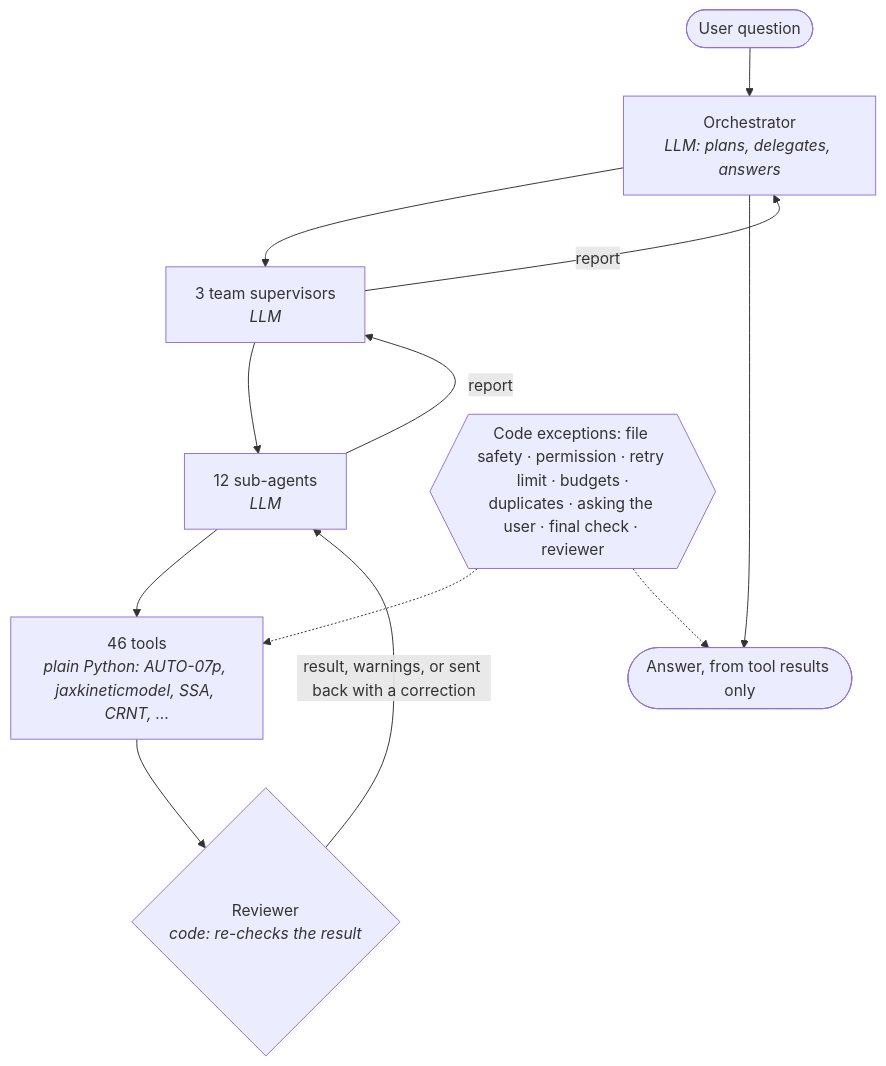
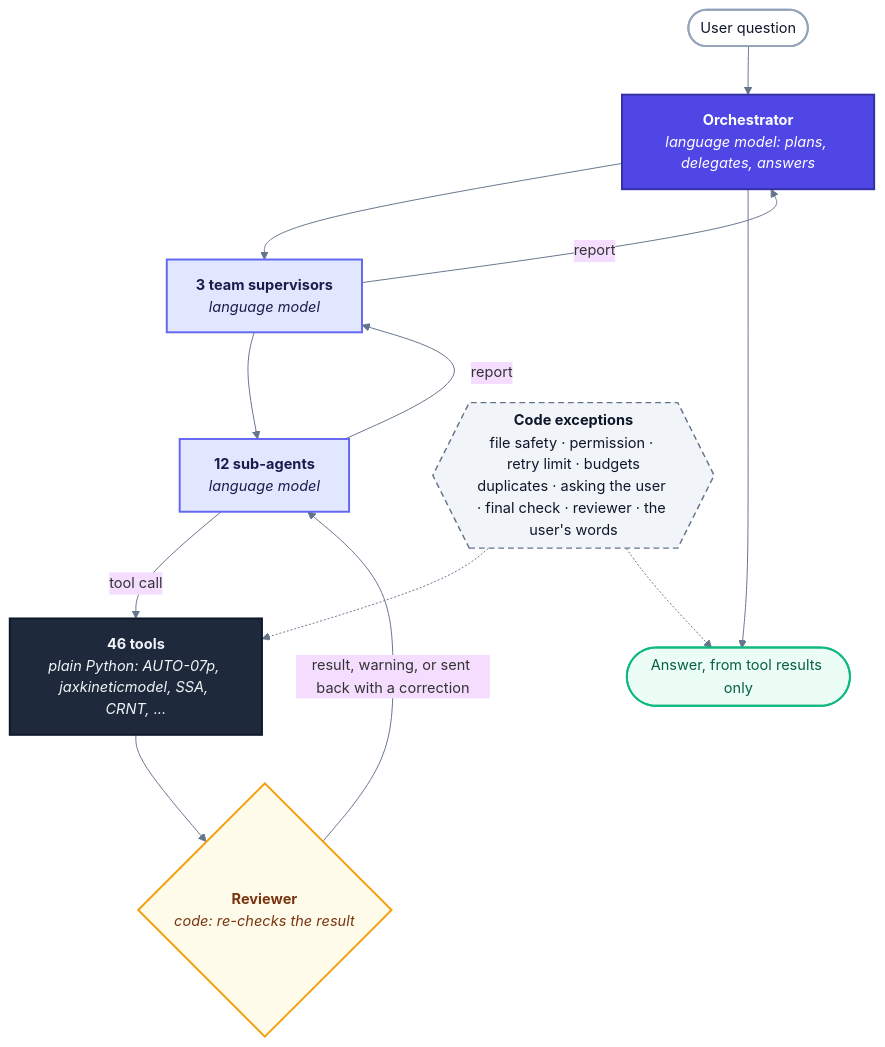
Before and after one commit to AbhiMohith123/dynalyst: the diagram in README.md, drawn with Mermaid. The commit also changed 2 other files, not shown here.

Commit message:
Redraw the architecture diagram and flowchart

````diff
--- a/README.md
+++ b/README.md
@@ -264,12 +264,30 @@
 ```mermaid
+%%{init: {"theme": "base", "themeVariables": {"fontFamily": "Inter, Segoe UI, Helvetica, Arial, sans-serif", "fontSize": "15px", "lineColor": "#64748b"}}}%%
 flowchart TD
-    U([User question]) --> O[Orchestrator<br/><i>LLM: plans, delegates, answers</i>]
-    O --> T[3 team supervisors<br/><i>LLM</i>]
-    T --> S[12 sub-agents<br/><i>LLM</i>]
-    S --> X[46 tools<br/><i>plain Python: AUTO-07p, jaxkineticmodel, SSA, CRNT, ...</i>]
-    X --> R{Reviewer<br/><i>code: re-checks the result</i>}
-    R -->|result, warnings, or sent back with a correction| S
-    S -->|report| T -->|report| O
+    U([User question]) --> O["<b>Orchestrator</b><br/><i>language model: plans, delegates, answers</i>"]
+    O --> T["<b>3 team supervisors</b><br/><i>language model</i>"]
+    T --> S["<b>12 sub-agents</b><br/><i>language model</i>"]
+    S -->|tool call| X["<b>46 tools</b><br/><i>plain Python: AUTO-07p, jaxkineticmodel, SSA, CRNT, ...</i>"]
+    X --> R{"<b>Reviewer</b><br/><i>code: re-checks the result</i>"}
+    R -->|result, warning, or sent back with a correction| S
+    S -->|report| T
+    T -->|report| O
     O --> A([Answer, from tool results only])
-    C{{Code exceptions: file safety · permission · retry limit · budgets ·<br/>duplicates · asking the user · final check · reviewer}} -.-> X & A
+    C{{"<b>Code exceptions</b><br/>file safety · permission · retry limit · budgets<br/>duplicates · asking the user · final check · reviewer · the user's words"}} -.-> X
+    C -.-> A
+
+    classDef user fill:#ffffff,stroke:#94a3b8,stroke-width:2px,color:#0f172a
+    classDef orch fill:#4f46e5,stroke:#3730a3,stroke-width:2px,color:#ffffff
+    classDef llm fill:#e0e7ff,stroke:#6366f1,stroke-width:2px,color:#1e1b4b
+    classDef code fill:#1e293b,stroke:#0f172a,stroke-width:2px,color:#f1f5f9
+    classDef review fill:#fffbeb,stroke:#f59e0b,stroke-width:2px,color:#78350f
+    classDef answer fill:#ecfdf5,stroke:#10b981,stroke-width:2px,color:#065f46
+    classDef rules fill:#f1f5f9,stroke:#64748b,stroke-width:1.5px,stroke-dasharray:6 4,color:#0f172a
+    class U user
+    class O orch
+    class T,S llm
+    class X code
+    class R review
+    class A answer
+    class C rules
 ```
````
